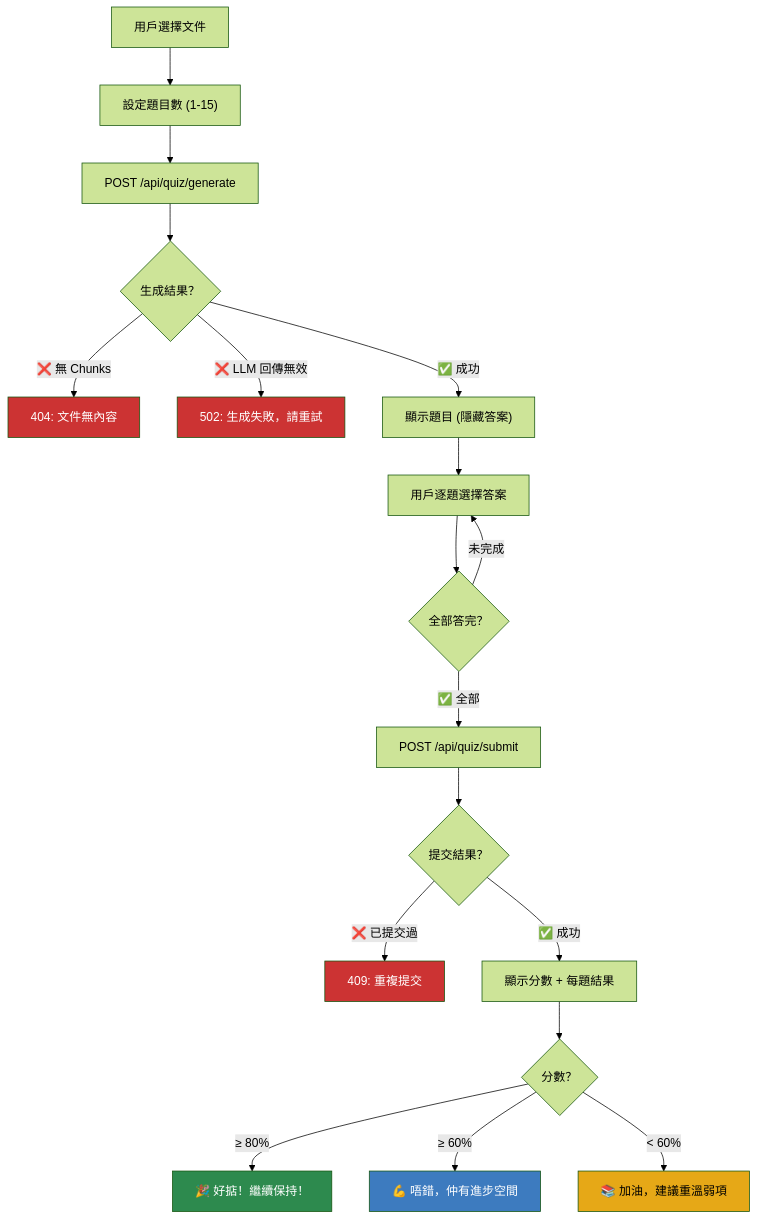
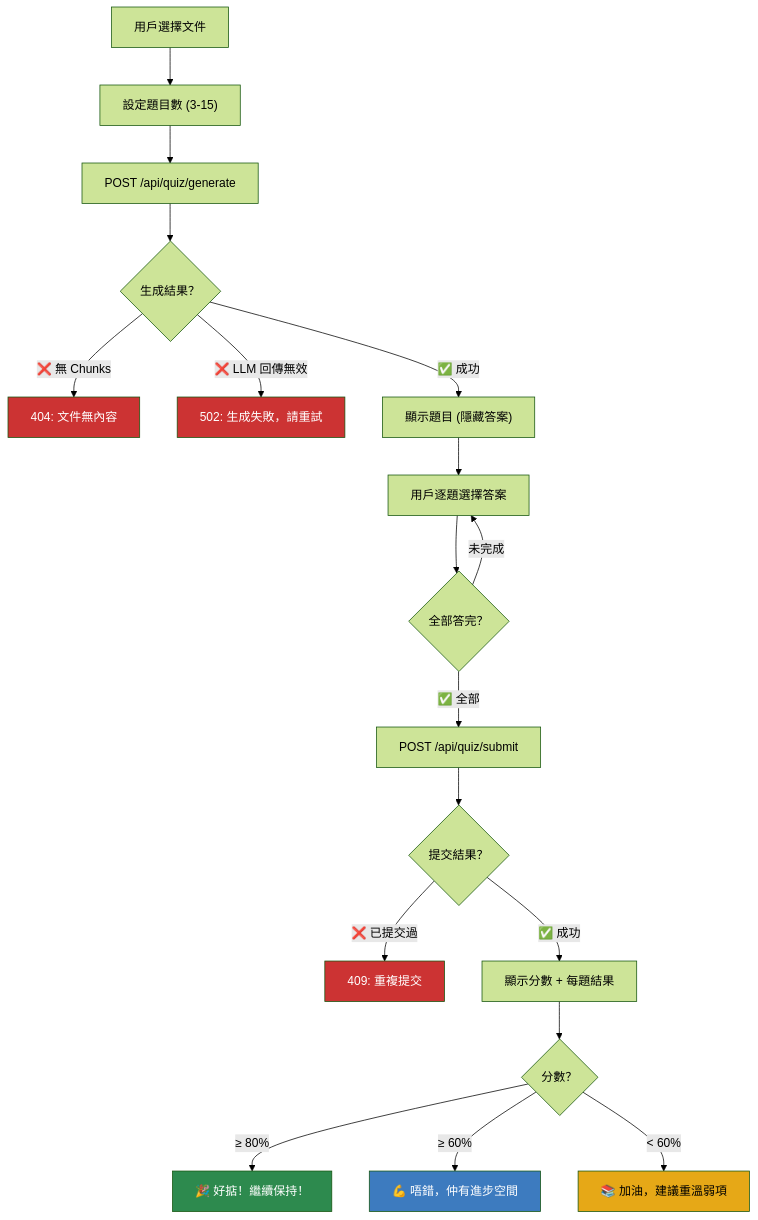
Before and after one commit to johnmak101-ops/RevisionApp: the fourth of 7 diagrams in docs/UI_FLOW_DIAGRAM.md, drawn with Mermaid (forest theme). The commit also changed 36 other files, not shown here.

````diff
--- a/docs/UI_FLOW_DIAGRAM.md
+++ b/docs/UI_FLOW_DIAGRAM.md
@@ -83,31 +83,31 @@
 ```mermaid
 flowchart TD
-    A["用戶選擇文件"] --> B["設定題目數 (1-15)"]
+    A["用戶選擇文件"] --> B["設定題目數 (3-15)"]
     B --> C["POST /api/quiz/generate"]
     
     C --> D{"生成結果？"}
     D -->|"❌ 無 Chunks"| ERR1["404: 文件無內容"]
     D -->|"❌ LLM 回傳無效"| ERR2["502: 生成失敗，請重試"]
     D -->|"✅ 成功"| E["顯示題目 (隱藏答案)"]
     
     E --> F["用戶逐題選擇答案"]
     F --> G{"全部答完？"}
     G -->|"未完成"| F
     G -->|"✅ 全部"| H["POST /api/quiz/submit"]
     
     H --> I{"提交結果？"}
     I -->|"❌ 已提交過"| ERR3["409: 重複提交"]
     I -->|"✅ 成功"| J["顯示分數 + 每題結果"]
     
     J --> K{"分數？"}
     K -->|"≥ 80%"| L["🎉 好掂！繼續保持！"]
     K -->|"≥ 60%"| M["💪 唔錯，仲有進步空間"]
     K -->|"< 60%"| N["📚 加油，建議重溫弱項"]
     
     style ERR1 fill:#cc3333,color:#fff
     style ERR2 fill:#cc3333,color:#fff
     style ERR3 fill:#cc3333,color:#fff
     style L fill:#2d8a4e,color:#fff
     style M fill:#3d7bbf,color:#fff
     style N fill:#e6a817,color:#000
 ```
````
